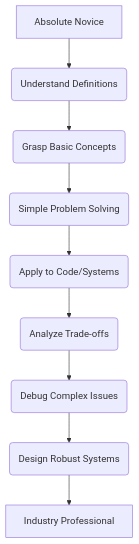
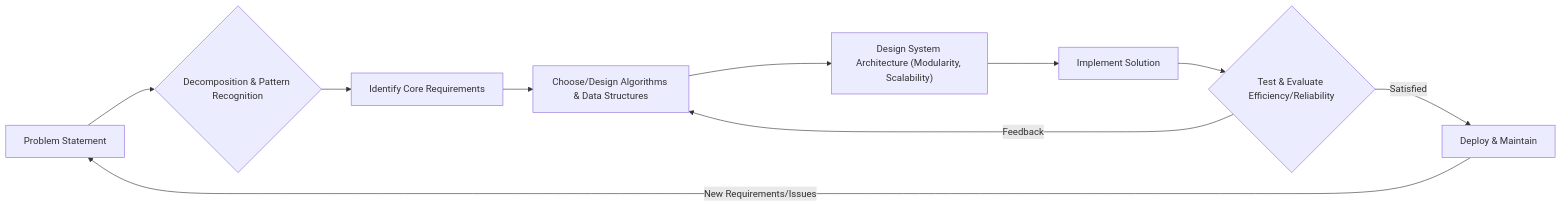
One commit to knowhub-by-ab/knowhub_notes changed the diagram in knowledge/mr0g92a5xmcn48.md. Above: the diagram before and after it, drawn with Mermaid. The commit also changed other lines of this file, not shown here.

````diff
--- a/knowledge/mr0g92a5xmcn48.md
+++ b/knowledge/mr0g92a5xmcn48.md
@@ -91,11 +99,12 @@
 ```mermaid
-graph TD
-    A[Absolute Novice] --> B(Understand Definitions);
-    B --> C(Grasp Basic Concepts);
-    C --> D(Simple Problem Solving);
-    D --> E(Apply to Code/Systems);
-    E --> F(Analyze Trade-offs);
-    F --> G(Debug Complex Issues);
-    G --> H(Design Robust Systems);
-    H --> I[Industry Professional]
+graph LR
+    A[Problem Statement] --> B{Decomposition & Pattern Recognition};
+    B --> C[Identify Core Requirements];
+    C --> D[Choose/Design Algorithms & Data Structures];
+    D --> E["Design System Architecture (Modularity, Scalability)"];
+    E --> F[Implement Solution];
+    F --> G{Test & Evaluate Efficiency/Reliability};
+    G -- Feedback --> D;
+    G -- Satisfied --> H[Deploy & Maintain];
+    H -- New Requirements/Issues --> A;
 ```
````
